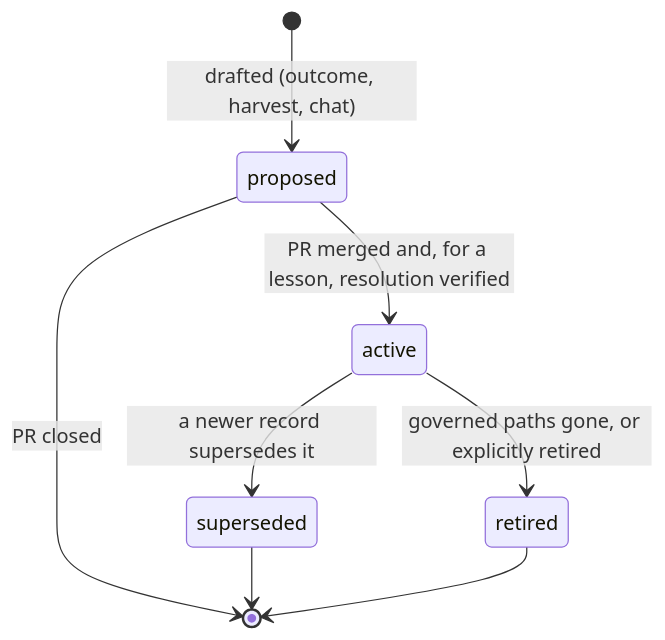
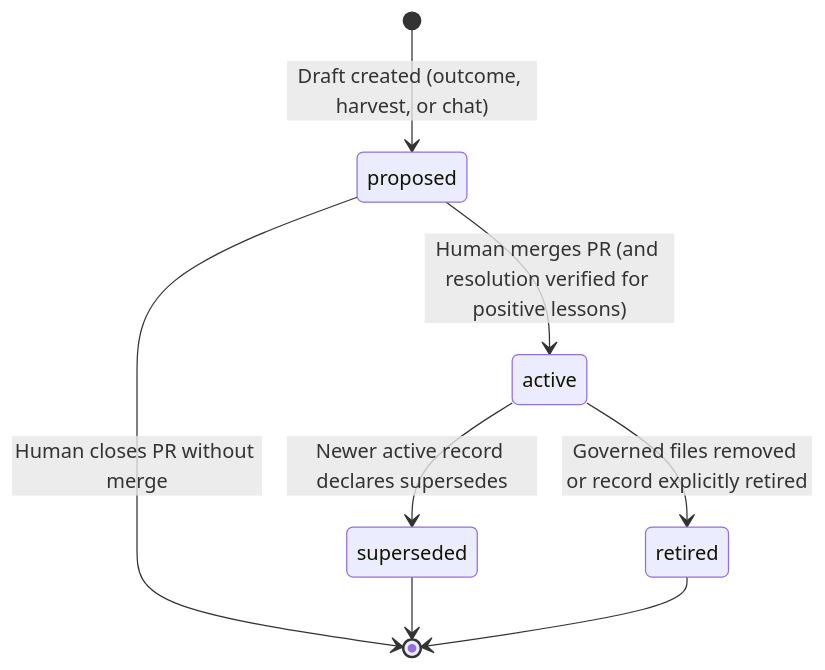
The second of 3 diagrams in docs/designs/decision-memory.md (dshnayder/kube-agents), drawn with Mermaid before and after one commit. The commit also changed other lines of this file and 2 other files, not shown here.

````diff
--- a/docs/designs/decision-memory.md
+++ b/docs/designs/decision-memory.md
@@ -294,10 +197,10 @@
 ```mermaid
 stateDiagram-v2
-  [*] --> proposed: drafted (outcome, harvest, chat)
-  proposed --> active: PR merged and, for a lesson, resolution verified
-  proposed --> [*]: PR closed
-  active --> superseded: a newer record supersedes it
-  active --> retired: governed paths gone, or explicitly retired
+  [*] --> proposed: Draft created (outcome, harvest, or chat)
+  proposed --> active: Human merges PR (and resolution verified for positive lessons)
+  proposed --> [*]: Human closes PR without merge
+  active --> superseded: Newer active record declares supersedes
+  active --> retired: Governed files removed or record explicitly retired
   superseded --> [*]
   retired --> [*]
 ```
````
